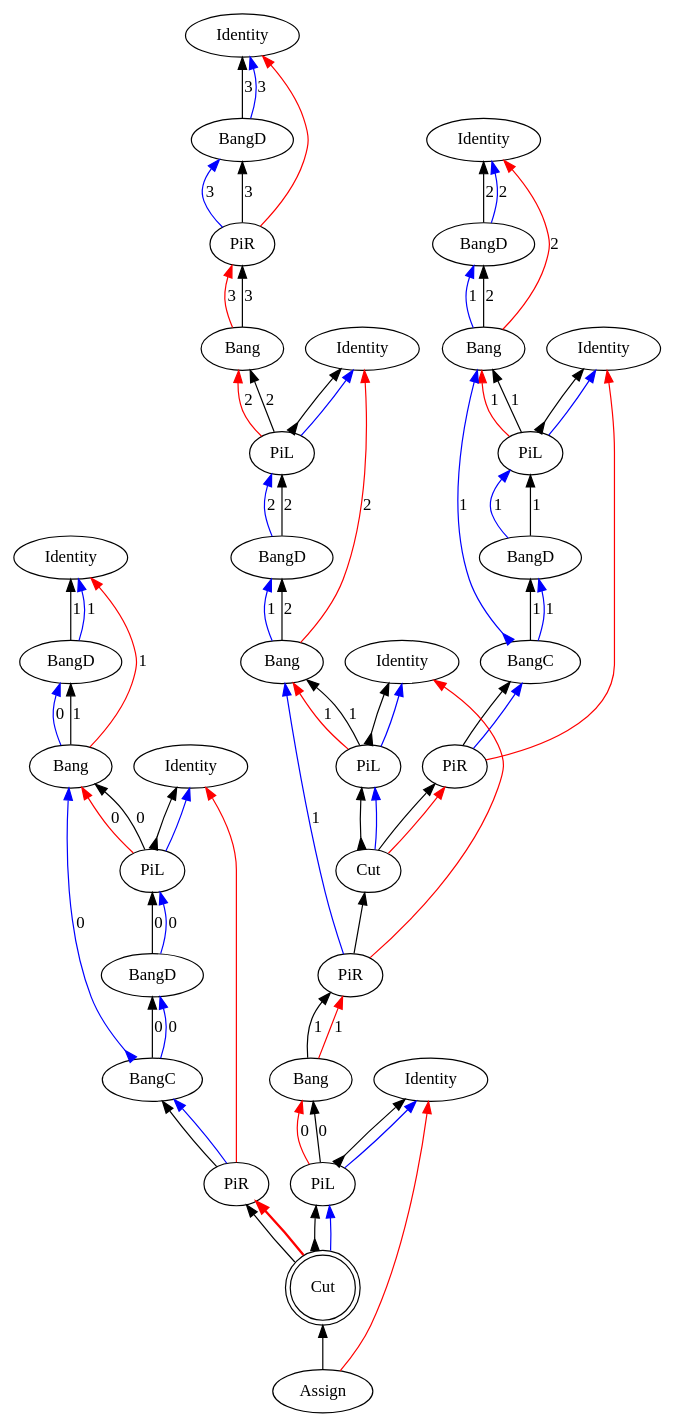
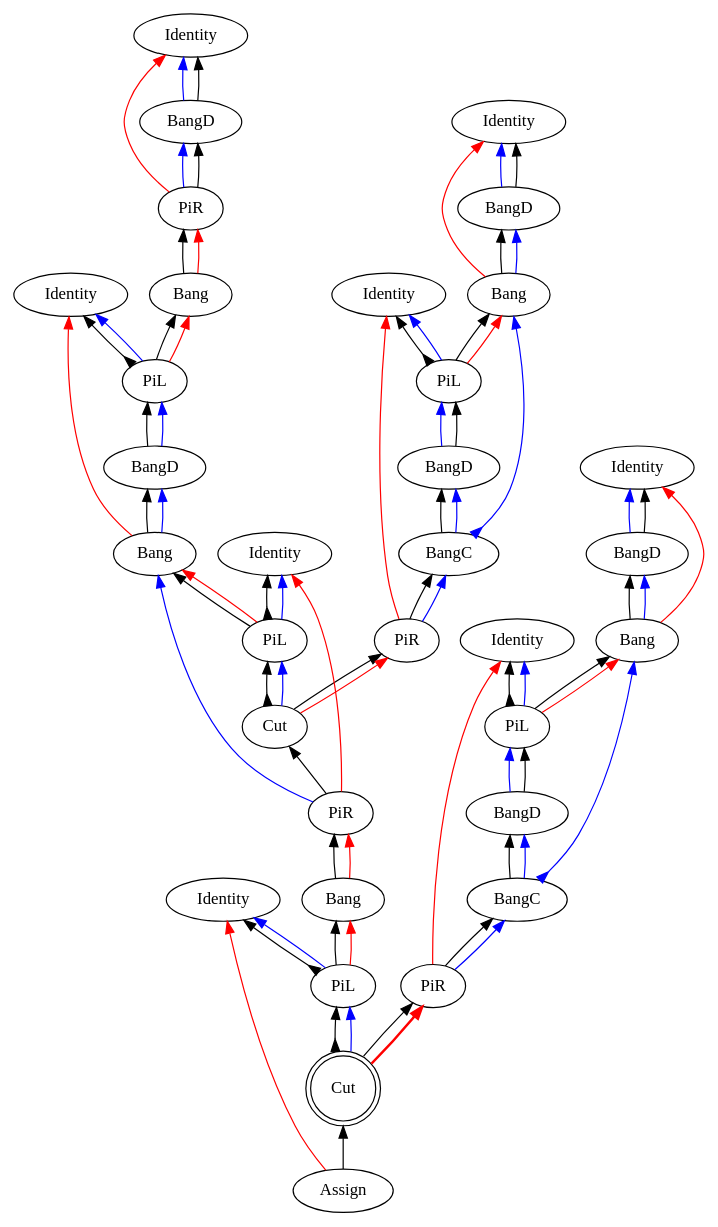
One commit to Mathnerd314/stroscot changed the diagram in src/core/graphs/example_m_3.dot. Above: the diagram before and after it, drawn with Graphviz. The commit also changed 88 other files, not shown here.

```diff
--- a/src/core/graphs/example_m_3.dot
+++ b/src/core/graphs/example_m_3.dot
@@ -1,109 +1,109 @@
 digraph {
 rankdir="BT"
 "Identity0" [label="Identity"]
 "BangD1" [label="BangD"]
 "PiR2" [label="PiR"]
 "Bang3" [label="Bang"]
 "Identity4" [label="Identity"]
 "PiL5" [label="PiL"]
 "BangD6" [label="BangD"]
 "Bang7" [label="Bang"]
 "Identity8" [label="Identity"]
 "PiL9" [label="PiL"]
 "Identity10" [label="Identity"]
 "BangD11" [label="BangD"]
 "Bang12" [label="Bang"]
 "Identity13" [label="Identity"]
 "PiL14" [label="PiL"]
 "BangD15" [label="BangD"]
 "BangC16" [label="BangC"]
 "PiR17" [label="PiR"]
 "Cut18" [label="Cut"]
 "PiR19" [label="PiR"]
 "Bang20" [label="Bang"]
 "Identity21" [label="Identity"]
 "PiL22" [label="PiL"]
 "Identity23" [label="Identity"]
 "BangD24" [label="BangD"]
 "Bang25" [label="Bang"]
 "Identity26" [label="Identity"]
 "PiL27" [label="PiL"]
 "BangD28" [label="BangD"]
 "BangC29" [label="BangC"]
 "PiR30" [label="PiR"]
 "Cut31" [label="Cut",shape=doublecircle]
 "Assign32" [label="Assign"]
-"Bang25" -> "BangD24"[color=black,weight=5,tooltip="c_bseq24",label="1",arrowhead=normal,arrowtail=none,dir=both]
-"Bang20" -> "PiR19"[color=black,weight=5,tooltip="c_bseq32",label="1",arrowhead=normal,arrowtail=none,dir=both]
-"Bang12" -> "BangD11"[color=black,weight=5,tooltip="c_bseq58",label="2",arrowhead=normal,arrowtail=none,dir=both]
-"Bang7" -> "BangD6"[color=black,weight=5,tooltip="c_bseq67",label="2",arrowhead=normal,arrowtail=none,dir=both]
-"Bang3" -> "PiR2"[color=black,weight=5,tooltip="c_bseq79",label="3",arrowhead=normal,arrowtail=none,dir=both]
+"Bang25" -> "BangD24"[color=black,weight=5,tooltip="c_bseq24",arrowhead=normal,arrowtail=none,dir=both]
+"Bang20" -> "PiR19"[color=black,weight=5,tooltip="c_bseq32",arrowhead=normal,arrowtail=none,dir=both]
+"Bang12" -> "BangD11"[color=black,weight=5,tooltip="c_bseq58",arrowhead=normal,arrowtail=none,dir=both]
+"Bang7" -> "BangD6"[color=black,weight=5,tooltip="c_bseq67",arrowhead=normal,arrowtail=none,dir=both]
+"Bang3" -> "PiR2"[color=black,weight=5,tooltip="c_bseq79",arrowhead=normal,arrowtail=none,dir=both]
 "Cut31" -> "PiL22"[color=black,weight=5,tooltip="c_lseq2",arrowhead=normal,arrowtail=inv,dir=both]
 "Cut18" -> "PiL9"[color=black,weight=5,tooltip="c_lseq36",arrowhead=normal,arrowtail=inv,dir=both]
 "Cut31" -> "PiR30"[color=black,weight=5,tooltip="c_rseq3",arrowhead=normal,arrowtail=none,dir=both]
 "Cut18" -> "PiR17"[color=black,weight=5,tooltip="c_rseq37",arrowhead=normal,arrowtail=none,dir=both]
-"PiL27" -> "Bang25"[color=black,weight=5,tooltip="dseq20",label="0",arrowhead=normal,arrowtail=none,dir=both]
-"PiL22" -> "Bang20"[color=black,weight=5,tooltip="dseq29",label="0",arrowhead=normal,arrowtail=none,dir=both]
-"PiL14" -> "Bang12"[color=black,weight=5,tooltip="dseq54",label="1",arrowhead=normal,arrowtail=none,dir=both]
-"PiL9" -> "Bang7"[color=black,weight=5,tooltip="dseq63",label="1",arrowhead=normal,arrowtail=none,dir=both]
-"PiL5" -> "Bang3"[color=black,weight=5,tooltip="dseq76",label="2",arrowhead=normal,arrowtail=none,dir=both]
-"PiR19" -> "Bang7"[color=blue,weight=2,tooltip="h34",label="1",arrowhead=normal,arrowtail=none,dir=both]
-"Bang7" -> "BangD6"[color=blue,weight=2,tooltip="hf65",label="1",arrowhead=normal,arrowtail=none,dir=both]
-"BangD6" -> "PiL5"[color=black,weight=5,tooltip="hseq72",label="2",arrowhead=normal,arrowtail=none,dir=both]
-"PiR2" -> "BangD1"[color=blue,weight=2,tooltip="i81",label="3",arrowhead=normal,arrowtail=none,dir=both]
+"PiL27" -> "Bang25"[color=black,weight=5,tooltip="dseq20",arrowhead=normal,arrowtail=none,dir=both]
+"PiL22" -> "Bang20"[color=black,weight=5,tooltip="dseq29",arrowhead=normal,arrowtail=none,dir=both]
+"PiL14" -> "Bang12"[color=black,weight=5,tooltip="dseq54",arrowhead=normal,arrowtail=none,dir=both]
+"PiL9" -> "Bang7"[color=black,weight=5,tooltip="dseq63",arrowhead=normal,arrowtail=none,dir=both]
+"PiL5" -> "Bang3"[color=black,weight=5,tooltip="dseq76",arrowhead=normal,arrowtail=none,dir=both]
+"PiR19" -> "Bang7"[color=blue,weight=2,tooltip="h34",arrowhead=normal,arrowtail=none,dir=both]
+"Bang7" -> "BangD6"[color=blue,weight=2,tooltip="hf65",arrowhead=normal,arrowtail=none,dir=both]
+"BangD6" -> "PiL5"[color=black,weight=5,tooltip="hseq72",arrowhead=normal,arrowtail=none,dir=both]
+"PiR2" -> "BangD1"[color=blue,weight=2,tooltip="i81",arrowhead=normal,arrowtail=none,dir=both]
 "PiL27" -> "Identity26"[color=black,weight=5,tooltip="idseq21",arrowhead=normal,arrowtail=inv,dir=both]
 "PiL22" -> "Identity21"[color=black,weight=5,tooltip="idseq30",arrowhead=normal,arrowtail=inv,dir=both]
 "PiL14" -> "Identity13"[color=black,weight=5,tooltip="idseq55",arrowhead=normal,arrowtail=inv,dir=both]
 "PiL9" -> "Identity8"[color=black,weight=5,tooltip="idseq64",arrowhead=normal,arrowtail=inv,dir=both]
 "PiL5" -> "Identity4"[color=black,weight=5,tooltip="idseq77",arrowhead=normal,arrowtail=inv,dir=both]
-"BangD1" -> "Identity0"[color=blue,weight=2,tooltip="iret84",label="3",arrowhead=normal,arrowtail=none,dir=both]
-"BangD1" -> "Identity0"[color=black,weight=5,tooltip="iseq83",label="3",arrowhead=normal,arrowtail=none,dir=both]
+"BangD1" -> "Identity0"[color=blue,weight=2,tooltip="iret84",arrowhead=normal,arrowtail=none,dir=both]
+"BangD1" -> "Identity0"[color=black,weight=5,tooltip="iseq83",arrowhead=normal,arrowtail=none,dir=both]
 "PiL27" -> "Identity26"[color=blue,weight=2,tooltip="lret19",arrowhead=normal,arrowtail=none,dir=both]
 "PiL22" -> "Identity21"[color=blue,weight=2,tooltip="lret28",arrowhead=normal,arrowtail=none,dir=both]
 "PiL14" -> "Identity13"[color=blue,weight=2,tooltip="lret53",arrowhead=normal,arrowtail=none,dir=both]
 "PiL9" -> "Identity8"[color=blue,weight=2,tooltip="lret62",arrowhead=normal,arrowtail=none,dir=both]
 "PiL5" -> "Identity4"[color=blue,weight=2,tooltip="lret75",arrowhead=normal,arrowtail=none,dir=both]
-"BangD28" -> "PiL27"[color=blue,weight=2,tooltip="lval14",label="0",arrowhead=normal,arrowtail=none,dir=both]
+"BangD28" -> "PiL27"[color=blue,weight=2,tooltip="lval14",arrowhead=normal,arrowtail=none,dir=both]
 "Cut18" -> "PiL9"[color=blue,weight=2,tooltip="lval38",arrowhead=normal,arrowtail=none,dir=both]
 "Cut31" -> "PiL22"[color=blue,weight=2,tooltip="lval4",arrowhead=normal,arrowtail=none,dir=both]
-"BangD15" -> "PiL14"[color=blue,weight=2,tooltip="lval48",label="1",arrowhead=normal,arrowtail=none,dir=both]
-"BangD6" -> "PiL5"[color=blue,weight=2,tooltip="lval70",label="2",arrowhead=normal,arrowtail=none,dir=both]
-"PiL27" -> "Bang25"[color=red,weight=2,tooltip="newrret18",label="0",arrowhead=normal,arrowtail=none,dir=both]
-"PiL22" -> "Bang20"[color=red,weight=2,tooltip="newrret27",label="0",arrowhead=normal,arrowtail=none,dir=both]
-"PiL14" -> "Bang12"[color=red,weight=2,tooltip="newrret52",label="1",arrowhead=normal,arrowtail=none,dir=both]
-"PiL9" -> "Bang7"[color=red,weight=2,tooltip="newrret61",label="1",arrowhead=normal,arrowtail=none,dir=both]
-"PiL5" -> "Bang3"[color=red,weight=2,tooltip="newrret74",label="2",arrowhead=normal,arrowtail=none,dir=both]
-"Bang25" -> "Identity23"[color=red,weight=2,tooltip="newrretf23",label="1",arrowhead=normal,arrowtail=none,dir=both]
-"Bang20" -> "PiR19"[color=red,weight=2,tooltip="newrretf31",label="1",arrowhead=normal,arrowtail=none,dir=both]
-"Bang12" -> "Identity10"[color=red,weight=2,tooltip="newrretf57",label="2",arrowhead=normal,arrowtail=none,dir=both]
-"Bang7" -> "Identity4"[color=red,weight=2,tooltip="newrretf66",label="2",arrowhead=normal,arrowtail=none,dir=both]
-"Bang3" -> "PiR2"[color=red,weight=2,tooltip="newrretf78",label="3",arrowhead=normal,arrowtail=none,dir=both]
+"BangD15" -> "PiL14"[color=blue,weight=2,tooltip="lval48",arrowhead=normal,arrowtail=none,dir=both]
+"BangD6" -> "PiL5"[color=blue,weight=2,tooltip="lval70",arrowhead=normal,arrowtail=none,dir=both]
+"PiL27" -> "Bang25"[color=red,weight=2,tooltip="newrret18",arrowhead=normal,arrowtail=none,dir=both]
+"PiL22" -> "Bang20"[color=red,weight=2,tooltip="newrret27",arrowhead=normal,arrowtail=none,dir=both]
+"PiL14" -> "Bang12"[color=red,weight=2,tooltip="newrret52",arrowhead=normal,arrowtail=none,dir=both]
+"PiL9" -> "Bang7"[color=red,weight=2,tooltip="newrret61",arrowhead=normal,arrowtail=none,dir=both]
+"PiL5" -> "Bang3"[color=red,weight=2,tooltip="newrret74",arrowhead=normal,arrowtail=none,dir=both]
+"Bang25" -> "Identity23"[color=red,weight=2,tooltip="newrretf23",arrowhead=normal,arrowtail=none,dir=both]
+"Bang20" -> "PiR19"[color=red,weight=2,tooltip="newrretf31",arrowhead=normal,arrowtail=none,dir=both]
+"Bang12" -> "Identity10"[color=red,weight=2,tooltip="newrretf57",arrowhead=normal,arrowtail=none,dir=both]
+"Bang7" -> "Identity4"[color=red,weight=2,tooltip="newrretf66",arrowhead=normal,arrowtail=none,dir=both]
+"Bang3" -> "PiR2"[color=red,weight=2,tooltip="newrretf78",arrowhead=normal,arrowtail=none,dir=both]
 "Assign32" -> "Identity21"[color=red,weight=2,tooltip="ret1",arrowhead=normal,arrowtail=none,dir=both]
 "PiR19" -> "Identity8"[color=red,weight=2,tooltip="ret35",arrowhead=normal,arrowtail=none,dir=both]
 "PiR17" -> "Identity13"[color=red,weight=2,tooltip="ret42",arrowhead=normal,arrowtail=none,dir=both]
 "PiR30" -> "Identity26"[color=red,weight=2,tooltip="ret8",arrowhead=normal,arrowtail=none,dir=both]
 "PiR2" -> "Identity0"[color=red,weight=2,tooltip="ret82",arrowhead=normal,arrowtail=none,dir=both]
 "Assign32" -> "Cut31"[color=black,weight=5,tooltip="retseq0",arrowhead=normal,arrowtail=none,dir=both]
 "Cut18" -> "PiR17"[color=red,weight=2,tooltip="rval39",arrowhead=normal,arrowtail=none,dir=both]
 "Cut31" -> "PiR30"[color=red,weight=2,tooltip="rval5",arrowhead=normal,arrowtail=none,penwidth=2,dir=both]
-"BangC29" -> "BangD28"[color=black,weight=5,tooltip="seq11",label="0",arrowhead=normal,arrowtail=none,dir=both]
+"BangC29" -> "BangD28"[color=black,weight=5,tooltip="seq11",arrowhead=normal,arrowtail=none,dir=both]
 "PiR19" -> "Cut18"[color=black,weight=5,tooltip="seq33",arrowhead=normal,arrowtail=none,dir=both]
 "PiR17" -> "BangC16"[color=black,weight=5,tooltip="seq40",arrowhead=normal,arrowtail=none,dir=both]
-"BangC16" -> "BangD15"[color=black,weight=5,tooltip="seq45",label="1",arrowhead=normal,arrowtail=none,dir=both]
+"BangC16" -> "BangD15"[color=black,weight=5,tooltip="seq45",arrowhead=normal,arrowtail=none,dir=both]
 "PiR30" -> "BangC29"[color=black,weight=5,tooltip="seq6",arrowhead=normal,arrowtail=none,dir=both]
-"PiR2" -> "BangD1"[color=black,weight=5,tooltip="seq80",label="3",arrowhead=normal,arrowtail=none,dir=both]
+"PiR2" -> "BangD1"[color=black,weight=5,tooltip="seq80",arrowhead=normal,arrowtail=none,dir=both]
 "PiR30" -> "BangC29"[color=blue,weight=2,tooltip="x7",arrowhead=normal,arrowtail=none,dir=both]
-"BangC29" -> "BangD28"[color=blue,weight=2,tooltip="xA9",label="0",arrowhead=normal,arrowtail=none,dir=both]
-"BangC29" -> "Bang25"[color=blue,weight=2,tooltip="xB10",label="0",arrowhead=normal,arrowtail=inv,dir=both]
-"Bang25" -> "BangD24"[color=blue,weight=2,tooltip="xBf22",label="0",arrowhead=normal,arrowtail=none,dir=both]
-"BangD24" -> "Identity23"[color=blue,weight=2,tooltip="xret26",label="1",arrowhead=normal,arrowtail=none,dir=both]
-"BangD28" -> "PiL27"[color=black,weight=5,tooltip="xseq16",label="0",arrowhead=normal,arrowtail=none,dir=both]
-"BangD24" -> "Identity23"[color=black,weight=5,tooltip="xseq25",label="1",arrowhead=normal,arrowtail=none,dir=both]
+"BangC29" -> "BangD28"[color=blue,weight=2,tooltip="xA9",arrowhead=normal,arrowtail=none,dir=both]
+"BangC29" -> "Bang25"[color=blue,weight=2,tooltip="xB10",arrowhead=normal,arrowtail=inv,dir=both]
+"Bang25" -> "BangD24"[color=blue,weight=2,tooltip="xBf22",arrowhead=normal,arrowtail=none,dir=both]
+"BangD24" -> "Identity23"[color=blue,weight=2,tooltip="xret26",arrowhead=normal,arrowtail=none,dir=both]
+"BangD28" -> "PiL27"[color=black,weight=5,tooltip="xseq16",arrowhead=normal,arrowtail=none,dir=both]
+"BangD24" -> "Identity23"[color=black,weight=5,tooltip="xseq25",arrowhead=normal,arrowtail=none,dir=both]
 "PiR17" -> "BangC16"[color=blue,weight=2,tooltip="y41",arrowhead=normal,arrowtail=none,dir=both]
-"BangC16" -> "BangD15"[color=blue,weight=2,tooltip="yA43",label="1",arrowhead=normal,arrowtail=none,dir=both]
-"BangC16" -> "Bang12"[color=blue,weight=2,tooltip="yB44",label="1",arrowhead=normal,arrowtail=inv,dir=both]
-"Bang12" -> "BangD11"[color=blue,weight=2,tooltip="yBf56",label="1",arrowhead=normal,arrowtail=none,dir=both]
-"BangD11" -> "Identity10"[color=blue,weight=2,tooltip="yret60",label="2",arrowhead=normal,arrowtail=none,dir=both]
-"BangD15" -> "PiL14"[color=black,weight=5,tooltip="yseq50",label="1",arrowhead=normal,arrowtail=none,dir=both]
-"BangD11" -> "Identity10"[color=black,weight=5,tooltip="yseq59",label="2",arrowhead=normal,arrowtail=none,dir=both]
+"BangC16" -> "BangD15"[color=blue,weight=2,tooltip="yA43",arrowhead=normal,arrowtail=none,dir=both]
+"BangC16" -> "Bang12"[color=blue,weight=2,tooltip="yB44",arrowhead=normal,arrowtail=inv,dir=both]
+"Bang12" -> "BangD11"[color=blue,weight=2,tooltip="yBf56",arrowhead=normal,arrowtail=none,dir=both]
+"BangD11" -> "Identity10"[color=blue,weight=2,tooltip="yret60",arrowhead=normal,arrowtail=none,dir=both]
+"BangD15" -> "PiL14"[color=black,weight=5,tooltip="yseq50",arrowhead=normal,arrowtail=none,dir=both]
+"BangD11" -> "Identity10"[color=black,weight=5,tooltip="yseq59",arrowhead=normal,arrowtail=none,dir=both]
 }
```
